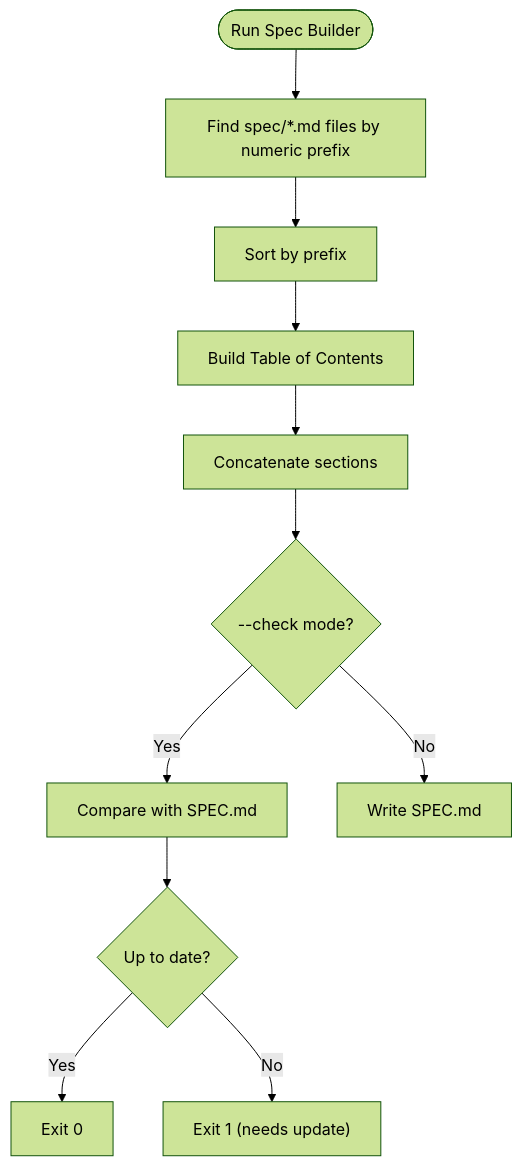
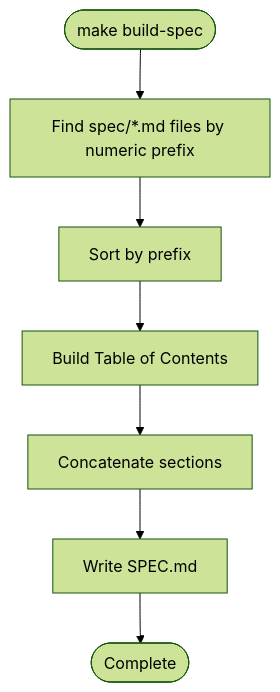
The sixth of 8 diagrams in .qoder/repowiki/en/content/Integration Guide/Workflow Automation.md (asukhodko/opskarta), drawn with Mermaid (forest theme) before and after one commit. The commit also changed other lines of this file and 5 other files, not shown here.

````diff
--- a/.qoder/repowiki/en/content/Integration Guide/Workflow Automation.md
+++ b/.qoder/repowiki/en/content/Integration Guide/Workflow Automation.md
@@ -240,13 +380,9 @@
 ```mermaid
 flowchart TD
-SB_Start(["Run Spec Builder"]) --> FindFiles["Find spec/*.md files by numeric prefix"]
-FindFiles --> Sort["Sort by prefix"]
-Sort --> BuildTOC["Build Table of Contents"]
-BuildTOC --> Concat["Concatenate sections"]
-Concat --> Check{"--check mode?"}
-Check --> |Yes| Compare["Compare with SPEC.md"]
-Check --> |No| WriteOut["Write SPEC.md"]
-Compare --> UpToDate{"Up to date?"}
-UpToDate --> |Yes| ExitOK["Exit 0"]
-UpToDate --> |No| ExitFail["Exit 1 (needs update)"]
+SB_Start(["make build-spec"]) --> FIND_FILES["Find spec/*.md files by numeric prefix"]
+FIND_FILES --> SORT["Sort by prefix"]
+SORT --> BUILD_TOC["Build Table of Contents"]
+BUILD_TOC --> CONCAT["Concatenate sections"]
+CONCAT --> WRITE_OUT["Write SPEC.md"]
+WRITE_OUT --> SB_END(["Complete"])
 ```
````
